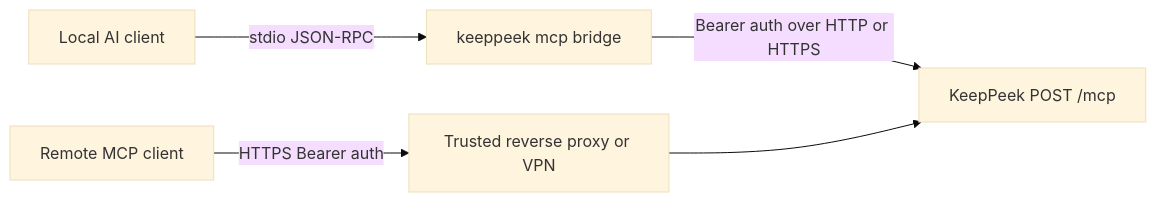
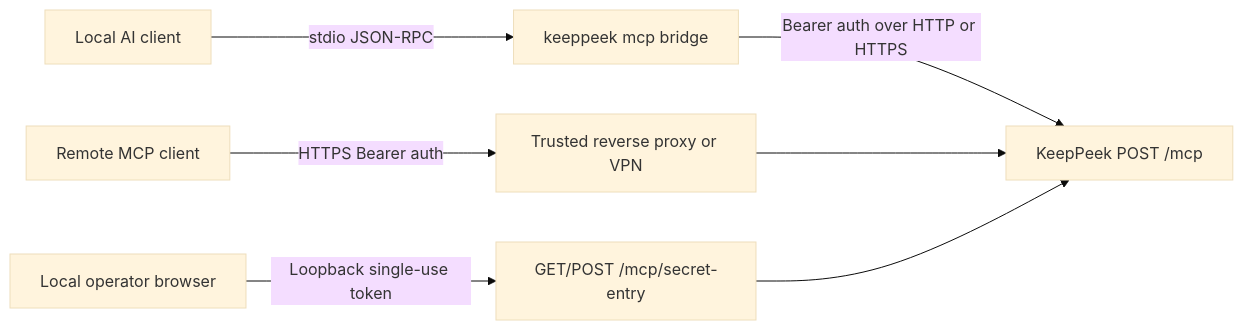
One commit to xnorpx/keeppeek changed the diagram in book/src/mcp.md. Above: the diagram before and after it, drawn with Mermaid (base theme). The commit also changed other lines of this file and 26 other files, not shown here.

First line of the commit message:
feat(mcp): add camera catalog lookup, secure secret onboarding, and device settings (#432) (#433)

````diff
--- a/book/src/mcp.md
+++ b/book/src/mcp.md
@@ -10,7 +11,9 @@
 ```mermaid
 flowchart LR
     A[Local AI client] -->|stdio JSON-RPC| B[keeppeek mcp bridge]
     B -->|Bearer auth over HTTP or HTTPS| K[KeepPeek POST /mcp]
     R[Remote MCP client] -->|HTTPS Bearer auth| P[Trusted reverse proxy or VPN]
     P --> K
+    U[Local operator browser] -->|Loopback single-use token| S[GET/POST /mcp/secret-entry]
+    S --> K
 ```
````
